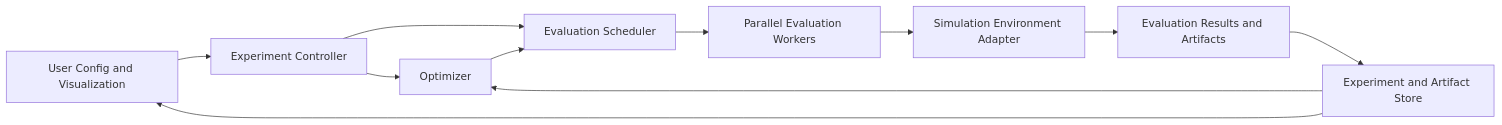
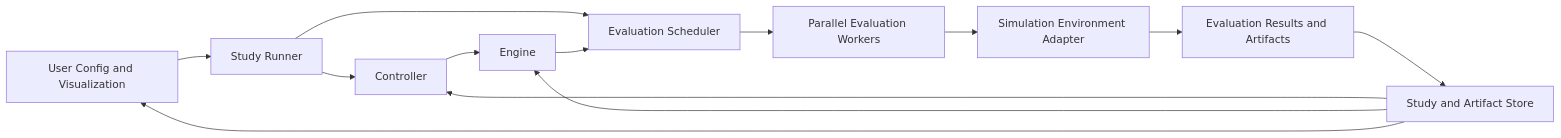
One commit to MINDS-THU/OptPilot changed the diagram in docs/concept_and_requirements.md. Above: the diagram before and after it, drawn with Mermaid. The commit also changed other lines of this file and 13 other files, not shown here.

````diff
--- a/docs/concept_and_requirements.md
+++ b/docs/concept_and_requirements.md
@@ -176,13 +242,15 @@
 ```mermaid
 flowchart LR
-	 UI[User Config and Visualization] --> EXP[Experiment Controller]
-	 EXP --> OPT[Optimizer]
-	 EXP --> SCH[Evaluation Scheduler]
-	 OPT --> SCH
+	 UI[User Config and Visualization] --> RUN[Study Runner]
+	 RUN --> CTRL[Controller]
+	 RUN --> SCH[Evaluation Scheduler]
+	 CTRL --> ENG[Engine]
+	 ENG --> SCH
 	 SCH --> WRK[Parallel Evaluation Workers]
 	 WRK --> ENV[Simulation Environment Adapter]
 	 ENV --> RES[Evaluation Results and Artifacts]
-	 RES --> STORE[Experiment and Artifact Store]
-	 STORE --> OPT
+	 RES --> STORE[Study and Artifact Store]
+	 STORE --> CTRL
+	 STORE --> ENG
 	 STORE --> UI
 ```
````
